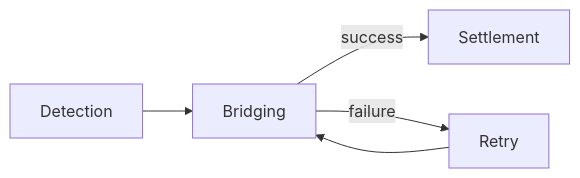
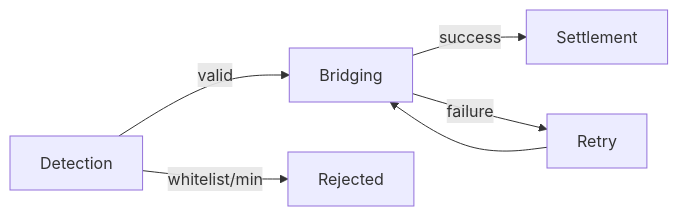
One commit to rhinestonewtf/docs changed the diagram in deposits/api/deposit-processing.mdx. Above: the diagram before and after it, drawn with Mermaid. The commit also changed other lines of this file and 1 other file, not shown here.

````diff
--- a/deposits/api/deposit-processing.mdx
+++ b/deposits/api/deposit-processing.mdx
@@ -10,7 +10,8 @@
 ```mermaid actions={false}
 flowchart LR
-    D[Detection] --> B[Bridging]
+    D[Detection] -- valid --> B[Bridging]
+    D -- whitelist/min --> X[Rejected]
     B -- success --> S[Settlement]
     B -- failure --> R[Retry]
     R --> B
 ```
````
